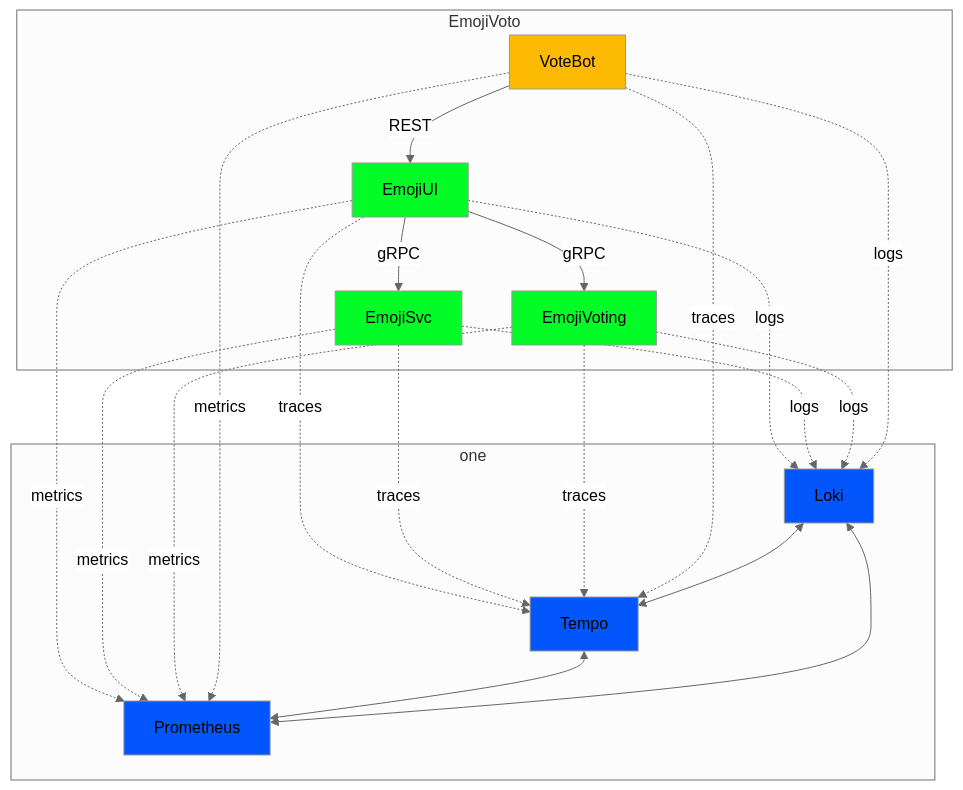
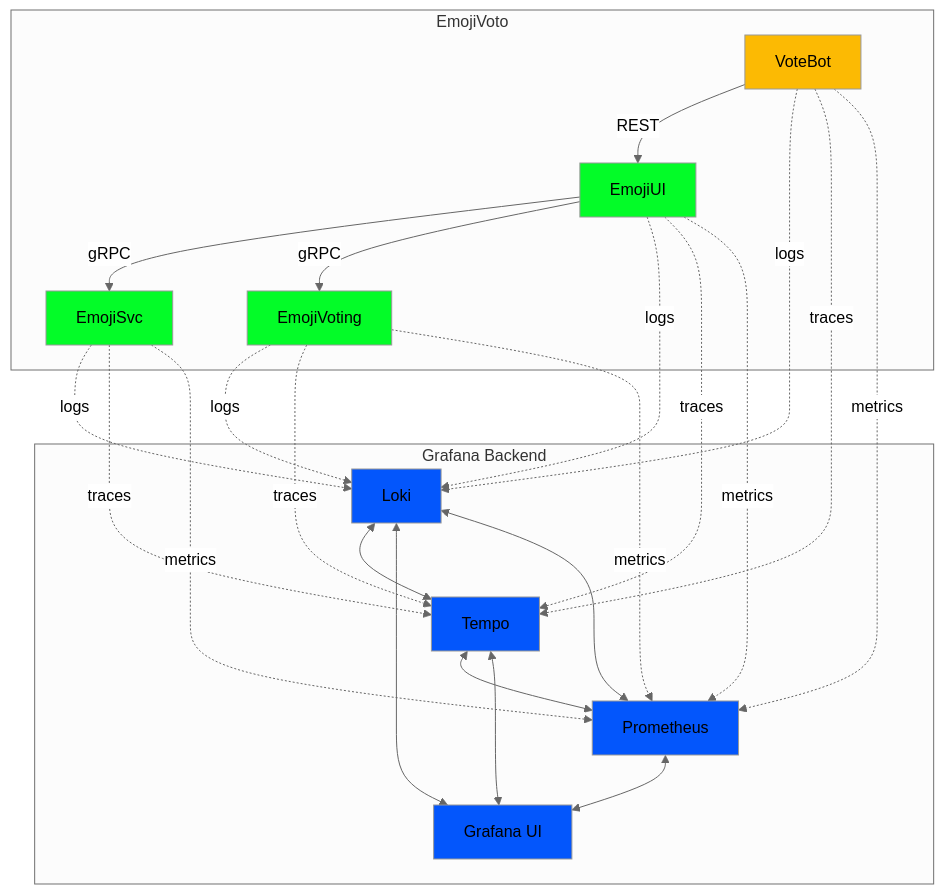
One commit to bravecobra/emojivoto-dotnet changed the fourth of 6 diagrams in README.md. Above: the diagram before and after it, drawn with Mermaid (neutral theme). The commit also changed other lines of this file and 2 other files, not shown here.

Commit message:
Update grafana/tempo Docker tag to v2 (#118)
* Update grafana/tempo Docker tag to v2

* Updated tempo config

---------

````diff
--- a/README.md
+++ b/README.md
@@ -130,33 +130,36 @@
 ```mermaid
 graph TD;
   subgraph EmojiVoto
     VoteBot --REST--> EmojiUI
     EmojiUI --gRPC--> EmojiSvc
     EmojiUI --gRPC--> EmojiVoting
   end
     EmojiUI -.logs.-> Loki
     EmojiUI -.traces.-> Tempo
     EmojiUI -.metrics.-> Prometheus
     EmojiSvc -.logs.-> Loki
     EmojiSvc -.traces.-> Tempo
     EmojiSvc -.metrics.-> Prometheus
     EmojiVoting -.logs.-> Loki
     EmojiVoting -.traces.-> Tempo
     EmojiVoting -.metrics.-> Prometheus
     VoteBot -.logs.-> Loki
     VoteBot -.traces.-> Tempo
     VoteBot -.metrics.-> Prometheus
-  subgraph one
+  subgraph GrafanaBackend[Grafana Backend]
     Loki <--> Tempo
     Prometheus <--> Loki
     Tempo <--> Prometheus
+    Loki <--> Grafana[Grafana UI]
+    Prometheus <--> Grafana
+    Tempo <--> Grafana
   end
-
   style VoteBot fill:#fcba03,color:#000
   style EmojiUI fill:#03fc28,color:#000
   style EmojiSvc fill:#03fc28,color:#000
   style EmojiVoting fill:#03fc28,color:#000
   style Loki fill:#0356fc,color:#000
   style Tempo fill:#0356fc,color:#000
   style Prometheus fill:#0356fc,color:#000
+  style Grafana fill:#0356fc,color:#000
 ```
````
